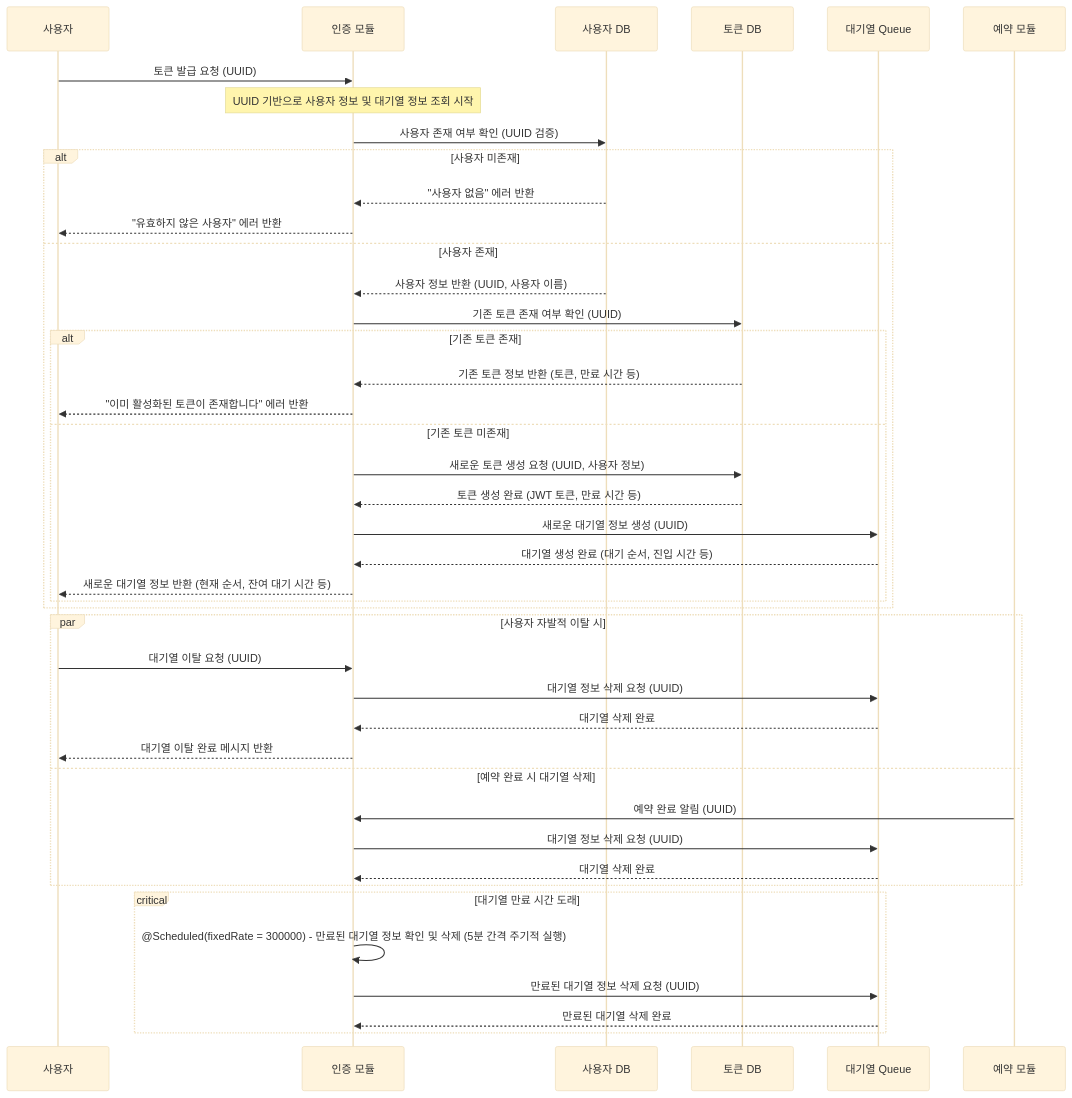
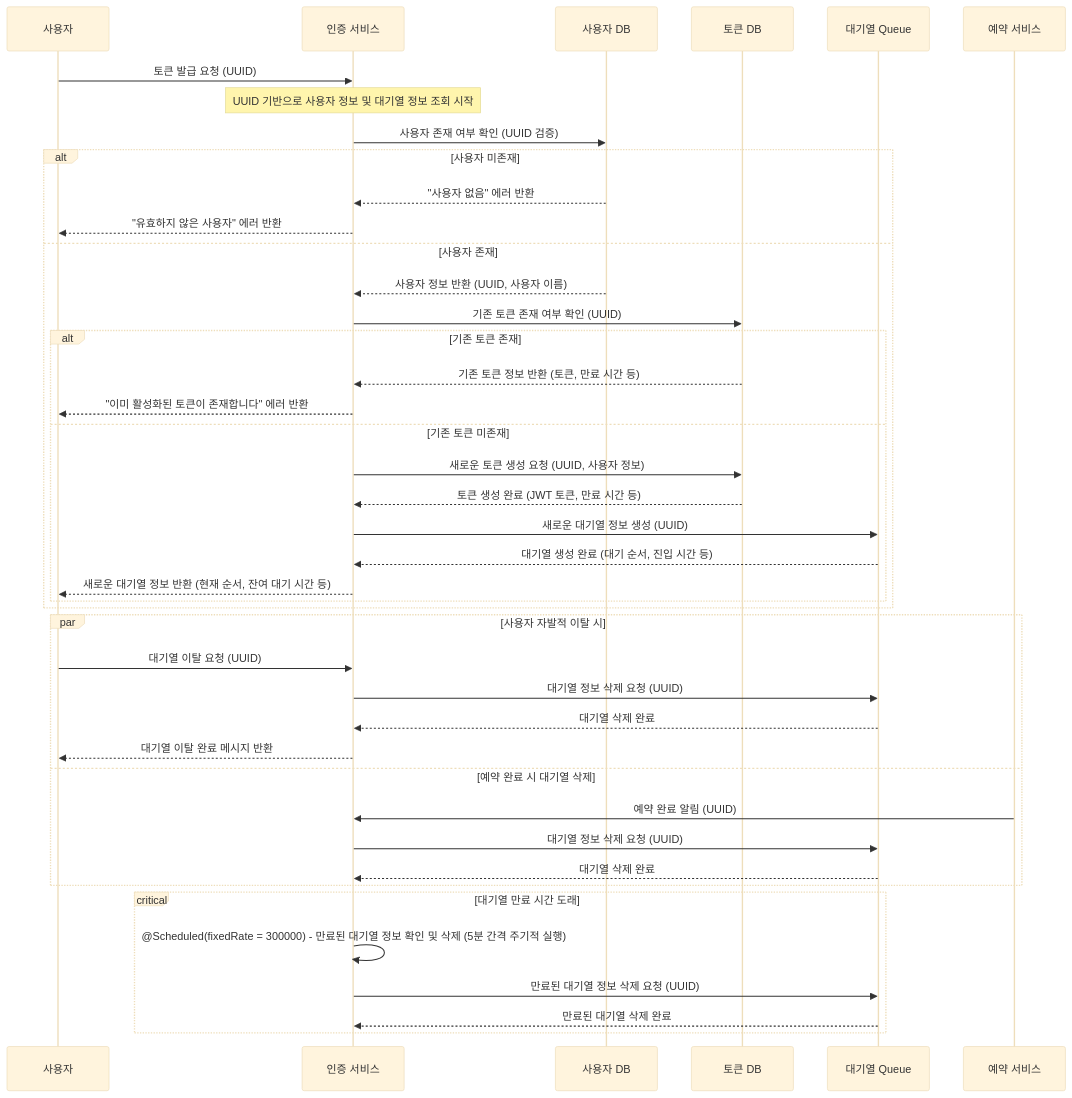
One commit to SooLee99/hhplus-concert-reservation-service changed the first of 14 diagrams in README.md. Above: the diagram before and after it, drawn with Mermaid (base theme).

Commit message:
Update README.md
모듈 -> 서비스

````diff
--- a/README.md
+++ b/README.md
@@ -15,64 +15,64 @@
 ```mermaid
     sequenceDiagram
     participant User as 사용자
-    participant AuthServer as 인증 모듈
+    participant AuthServer as 인증 서비스
     participant UserDB as 사용자 DB
     participant TokenDB as 토큰 DB
     participant QueueDB as 대기열 Queue
-    participant ReservationSystem as 예약 모듈
+    participant ReservationSystem as 예약 서비스
     
     %% 1️⃣ 사용자 대기열 토큰 발급 및 실시간 정보 조회 최적화 시퀀스
     User->>AuthServer: 토큰 발급 요청 (UUID)
     Note over AuthServer: UUID 기반으로 사용자 정보 및 대기열 정보 조회 시작
     
     %% 2️⃣ 사용자 정보 조회
     AuthServer->>UserDB: 사용자 존재 여부 확인 (UUID 검증)
     
     alt 사용자 미존재
     %% 3️⃣ 유효하지 않은 사용자일 경우
     UserDB-->>AuthServer: "사용자 없음" 에러 반환
     AuthServer-->>User: "유효하지 않은 사용자" 에러 반환
     else 사용자 존재
     %% 4️⃣ 사용자가 존재하는 경우, 사용자 정보 반환
     UserDB-->>AuthServer: 사용자 정보 반환 (UUID, 사용자 이름)
     
         %% 5️⃣ 기존 토큰 존재 여부 확인
         AuthServer->>TokenDB: 기존 토큰 존재 여부 확인 (UUID)
         
         alt 기존 토큰 존재
             %% 6️⃣ 기존 토큰 정보 반환 및 에러 처리
             TokenDB-->>AuthServer: 기존 토큰 정보 반환 (토큰, 만료 시간 등)
             AuthServer-->>User: "이미 활성화된 토큰이 존재합니다" 에러 반환
         else 기존 토큰 미존재
             %% 7️⃣ 토큰 생성
             AuthServer->>TokenDB: 새로운 토큰 생성 요청 (UUID, 사용자 정보)
             TokenDB-->>AuthServer: 토큰 생성 완료 (JWT 토큰, 만료 시간 등)
     
             %% 11️⃣ 새로운 대기열 정보 생성
             AuthServer->>QueueDB: 새로운 대기열 정보 생성 (UUID)
             QueueDB-->>AuthServer: 대기열 생성 완료 (대기 순서, 진입 시간 등)
     
             %% 12️⃣ 사용자에게 새로운 대기열 정보 반환
             AuthServer-->>User: 새로운 대기열 정보 반환 (현재 순서, 잔여 대기 시간 등)
         end
     end
     
     %% 추가 시나리오: 대기열 토큰 삭제 시나리오
     par 사용자 자발적 이탈 시
     User->>AuthServer: 대기열 이탈 요청 (UUID)
     AuthServer->>QueueDB: 대기열 정보 삭제 요청 (UUID)
     QueueDB-->>AuthServer: 대기열 삭제 완료
     AuthServer-->>User: 대기열 이탈 완료 메시지 반환
     and 예약 완료 시 대기열 삭제
     ReservationSystem->>AuthServer: 예약 완료 알림 (UUID)
     AuthServer->>QueueDB: 대기열 정보 삭제 요청 (UUID)
     QueueDB-->>AuthServer: 대기열 삭제 완료
     end
     
     %% 추가 시나리오: 대기열 만료 시간 도래 시 대기열 삭제
     critical 대기열 만료 시간 도래
     AuthServer->>AuthServer: @Scheduled(fixedRate = 300000) - 만료된 대기열 정보 확인 및 삭제 (5분 간격 주기적 실행)
     AuthServer->>QueueDB: 만료된 대기열 정보 삭제 요청 (UUID)
     QueueDB-->>AuthServer: 만료된 대기열 삭제 완료
     end
 ```
````
